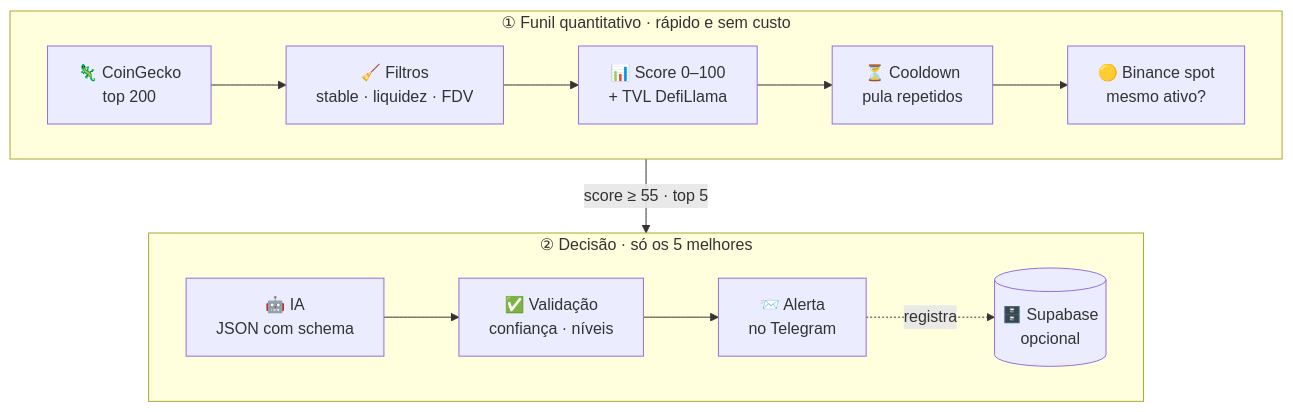
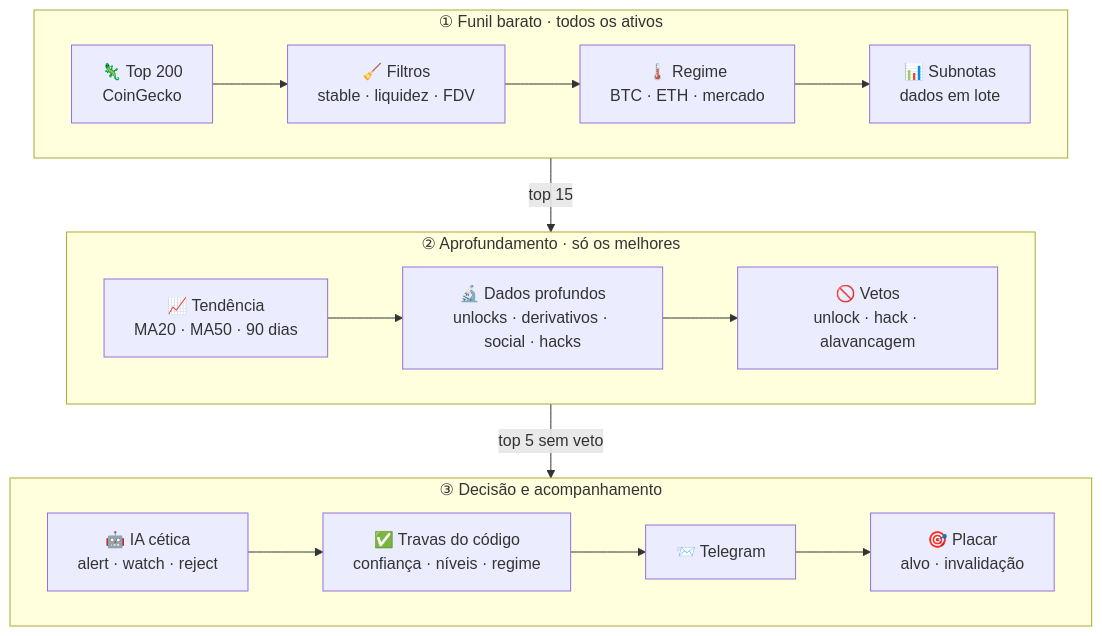
Before and after one commit to grupoapex135/criptoalerts: the diagram in README.md, drawn with Mermaid. The commit also changed other lines of this file and 50 other files, not shown here.

````diff
--- a/README.md
+++ b/README.md
@@ -99,15 +113,20 @@
 ```mermaid
 flowchart TB
-    subgraph FUNIL["① Funil quantitativo · rápido e sem custo"]
+    subgraph S1["① Funil barato · todos os ativos"]
         direction LR
-        CG["🦎 CoinGecko<br/>top 200"] --> F["🧹 Filtros<br/>stable · liquidez · FDV"] --> S["📊 Score 0–100<br/>+ TVL DefiLlama"] --> CD["⏳ Cooldown<br/>pula repetidos"] --> B["🟡 Binance spot<br/>mesmo ativo?"]
+        CG["🦎 Top 200<br/>CoinGecko"] --> F["🧹 Filtros<br/>stable · liquidez · FDV"] --> R["🌡️ Regime<br/>BTC · ETH · mercado"] --> S["📊 Subnotas<br/>dados em lote"]
     end
 
-    subgraph DECISAO["② Decisão · só os 5 melhores"]
+    subgraph S2["② Aprofundamento · só os melhores"]
         direction LR
-        AI["🤖 IA<br/>JSON com schema"] --> V["✅ Validação<br/>confiança · níveis"] --> TG["📨 Alerta<br/>no Telegram"]
-        TG -. registra .-> DB[("🗄️ Supabase<br/>opcional")]
+        H["📈 Tendência<br/>MA20 · MA50 · 90 dias"] --> D["🔬 Dados profundos<br/>unlocks · derivativos · social · hacks"] --> V["🚫 Vetos<br/>unlock · hack · alavancagem"]
     end
 
-    FUNIL -- "score ≥ 55 · top 5" --> DECISAO
+    subgraph S3["③ Decisão e acompanhamento"]
+        direction LR
+        AI["🤖 IA cética<br/>alert · watch · reject"] --> G["✅ Travas do código<br/>confiança · níveis · regime"] --> TG["📨 Telegram"] --> TR["🎯 Placar<br/>alvo · invalidação"]
+    end
+
+    S1 -- "top 15" --> S2
+    S2 -- "top 5 sem veto" --> S3
 ```
````
